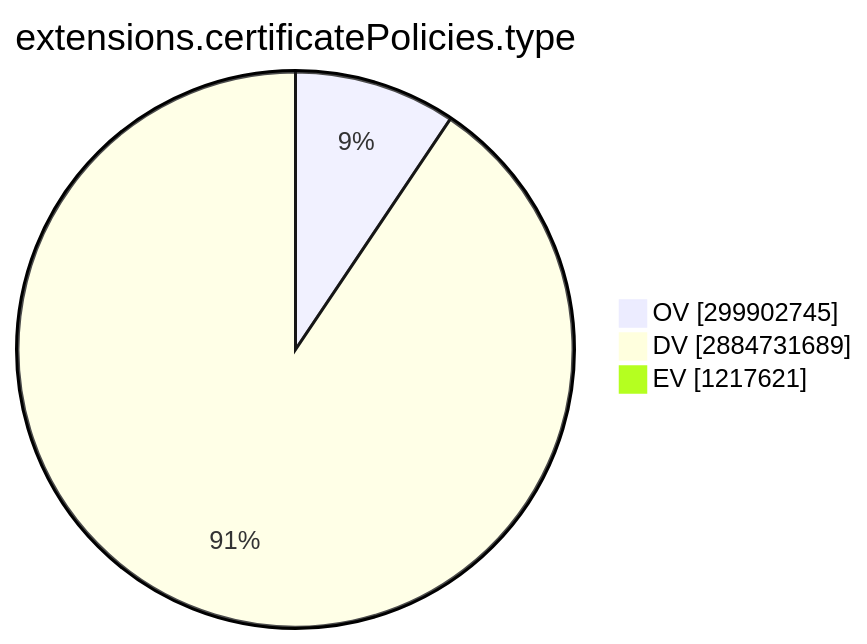
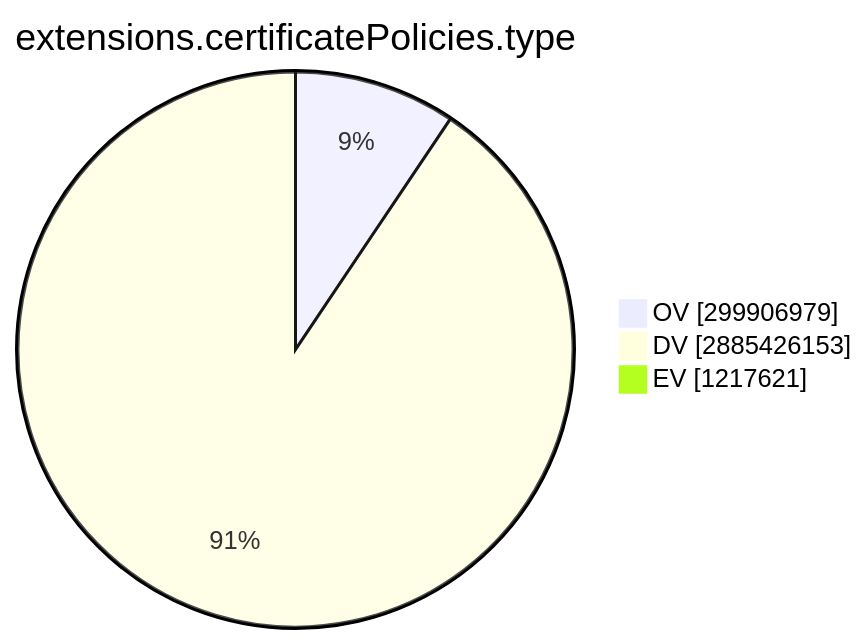
One commit to christiankrug/ctmonitor_visualization changed the ninth of 15 diagrams in TOTAL/README.md. Above: the diagram before and after it, drawn with Mermaid. The commit also changed other lines of this file, not shown here.

````diff
--- a/TOTAL/README.md
+++ b/TOTAL/README.md
@@ -3101,7 +3101,7 @@
 ```mermaid
 pie showData
 title extensions.certificatePolicies.type
-"OV" :299902745
-"DV" :2884731689
+"OV" :299906979
+"DV" :2885426153
 "EV" :1217621
 ```
````
